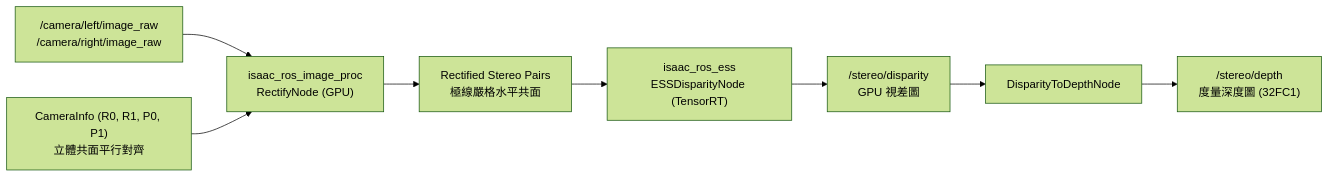
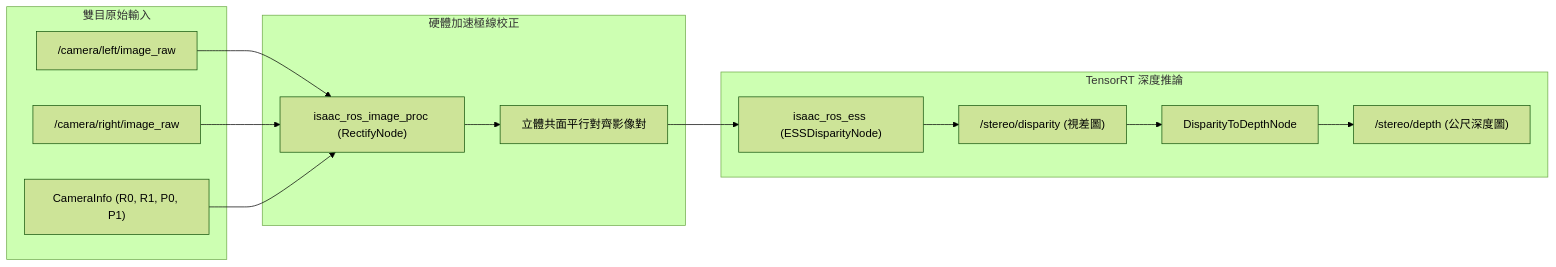
The second of 3 diagrams in README.md (hemrhut7/ABC_ROS), drawn with Mermaid (forest theme) before and after one commit. The commit also changed other lines of this file, not shown here.

Commit message:
fix(docs): improve diagram formatting and clarity in README.md

````diff
--- a/README.md
+++ b/README.md
@@ -110,10 +107,29 @@
 ```mermaid
 flowchart LR
-    A["/camera/left/image_raw<br>/camera/right/image_raw"] --> B["isaac_ros_image_proc<br>RectifyNode (GPU)"]
-    C["CameraInfo (R0, R1, P0, P1)<br>立體共面平行對齊"] --> B
-    B --> D["Rectified Stereo Pairs<br>極線嚴格水平共面"]
-    D --> E["isaac_ros_ess<br>ESSDisparityNode (TensorRT)"]
-    E --> F["/stereo/disparity<br>GPU 視差圖"]
-    F --> G["DisparityToDepthNode"]
-    G --> H["/stereo/depth<br>度量深度圖 (32FC1)"]
+    subgraph Inputs["雙目原始輸入"]
+        L_Raw["/camera/left/image_raw"]
+        R_Raw["/camera/right/image_raw"]
+        Calib["CameraInfo (R0, R1, P0, P1)"]
+    end
+
+    subgraph Rect["硬體加速極線校正"]
+        RectNode["isaac_ros_image_proc (RectifyNode)"]
+        RectPairs["立體共面平行對齊影像對"]
+    end
+
+    subgraph ESS["TensorRT 深度推論"]
+        ESSNode["isaac_ros_ess (ESSDisparityNode)"]
+        Disp["/stereo/disparity (視差圖)"]
+        D2D["DisparityToDepthNode"]
+        Depth["/stereo/depth (公尺深度圖)"]
+    end
+
+    L_Raw --> RectNode
+    R_Raw --> RectNode
+    Calib --> RectNode
+    RectNode --> RectPairs
+    RectPairs --> ESSNode
+    ESSNode --> Disp
+    Disp --> D2D
+    D2D --> Depth
 ```
````
